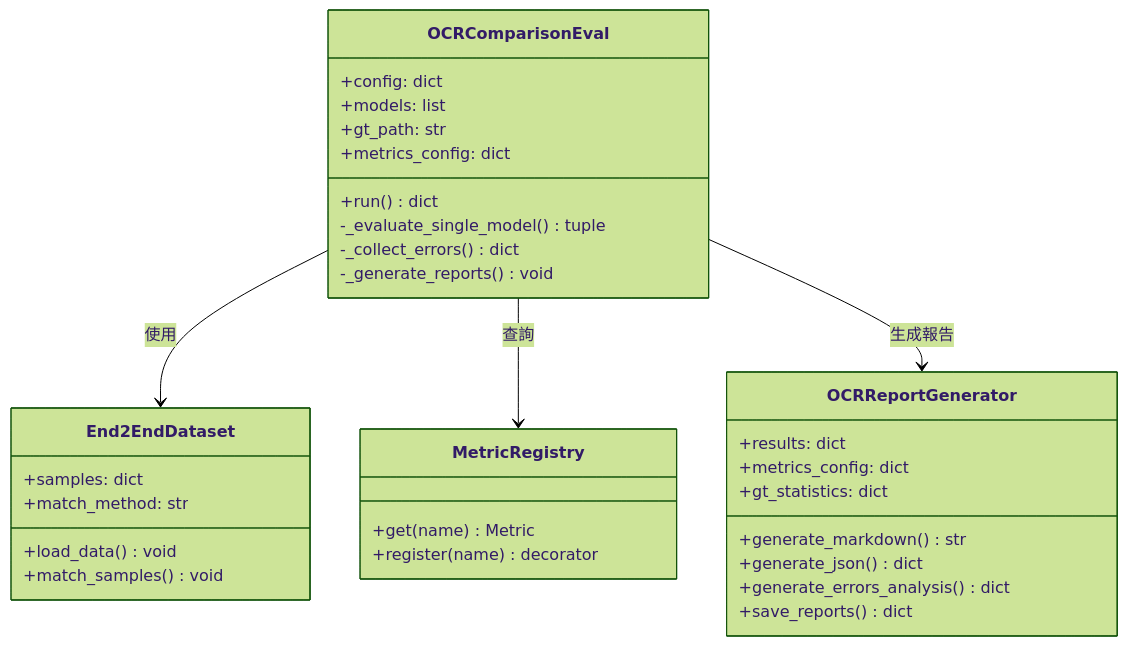
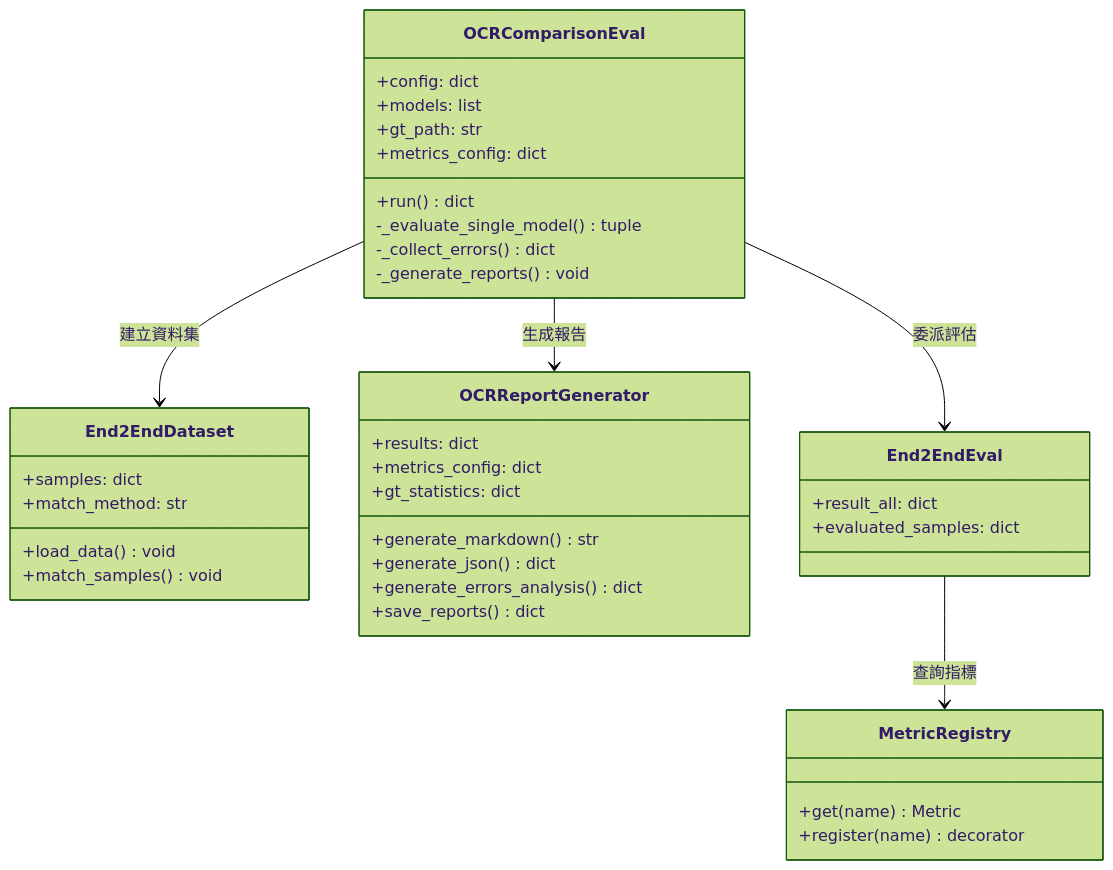
The second of 3 diagrams in docs/ocr-comparison-eval-guide.md (ocisd4/OmniDocBench), drawn with Mermaid (forest theme) before and after one commit. The commit also changed other lines of this file and 1 other file, not shown here.

First line of the commit message:
docs: update technical docs to reflect End2EndEval delegation refactoring

````diff
--- a/docs/ocr-comparison-eval-guide.md
+++ b/docs/ocr-comparison-eval-guide.md
@@ -83,39 +83,45 @@
 ```mermaid
 classDiagram
     class OCRComparisonEval {
         +config: dict
         +models: list
         +gt_path: str
         +metrics_config: dict
         +run() dict
         -_evaluate_single_model() tuple
         -_collect_errors() dict
         -_generate_reports() void
     }
 
     class End2EndDataset {
         +samples: dict
         +match_method: str
         +load_data() void
         +match_samples() void
     }
 
     class OCRReportGenerator {
         +results: dict
         +metrics_config: dict
         +gt_statistics: dict
         +generate_markdown() str
         +generate_json() dict
         +generate_errors_analysis() dict
         +save_reports() dict
     }
 
     class MetricRegistry {
         +get(name) Metric
         +register(name) decorator
     }
 
-    OCRComparisonEval --> End2EndDataset : 使用
-    OCRComparisonEval --> MetricRegistry : 查詢
+    class End2EndEval {
+        +result_all: dict
+        +evaluated_samples: dict
+    }
+
+    OCRComparisonEval --> End2EndDataset : 建立資料集
+    OCRComparisonEval --> End2EndEval : 委派評估
+    End2EndEval --> MetricRegistry : 查詢指標
     OCRComparisonEval --> OCRReportGenerator : 生成報告
 ```
````
